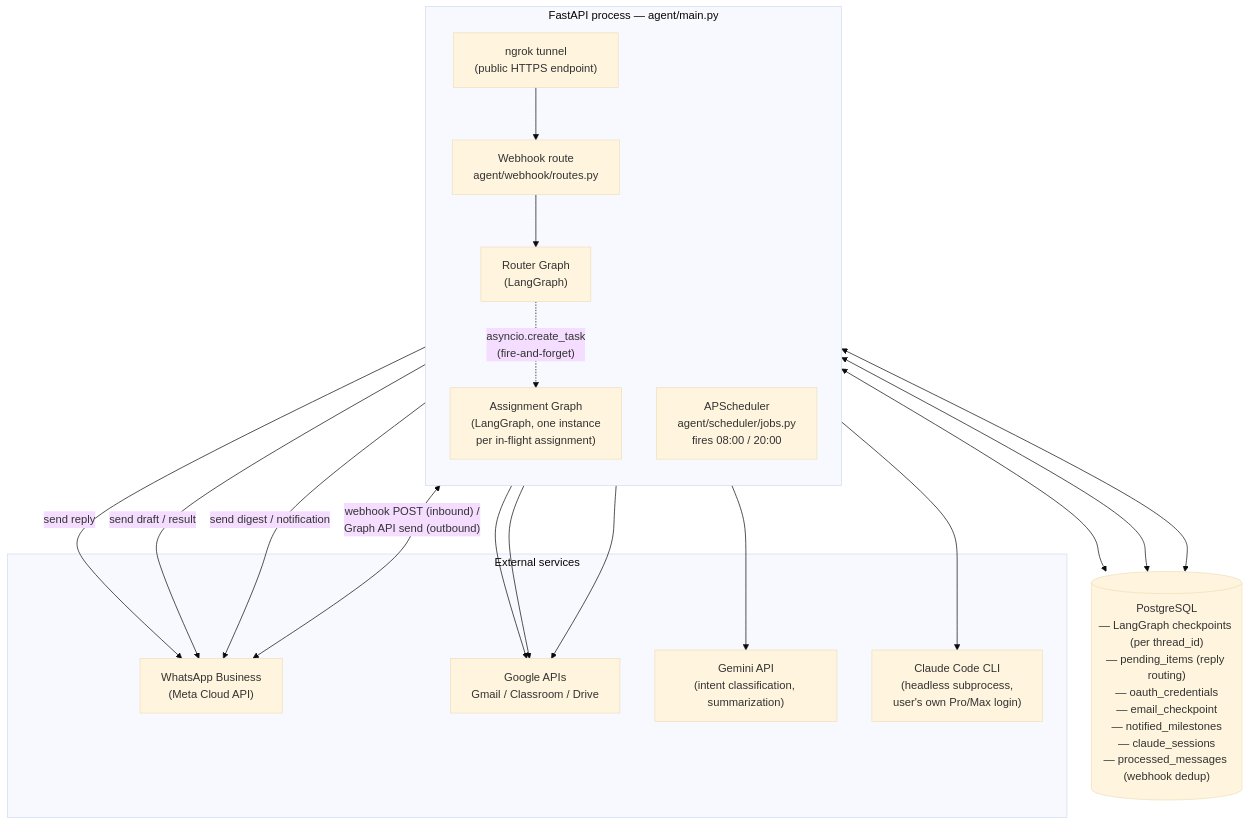
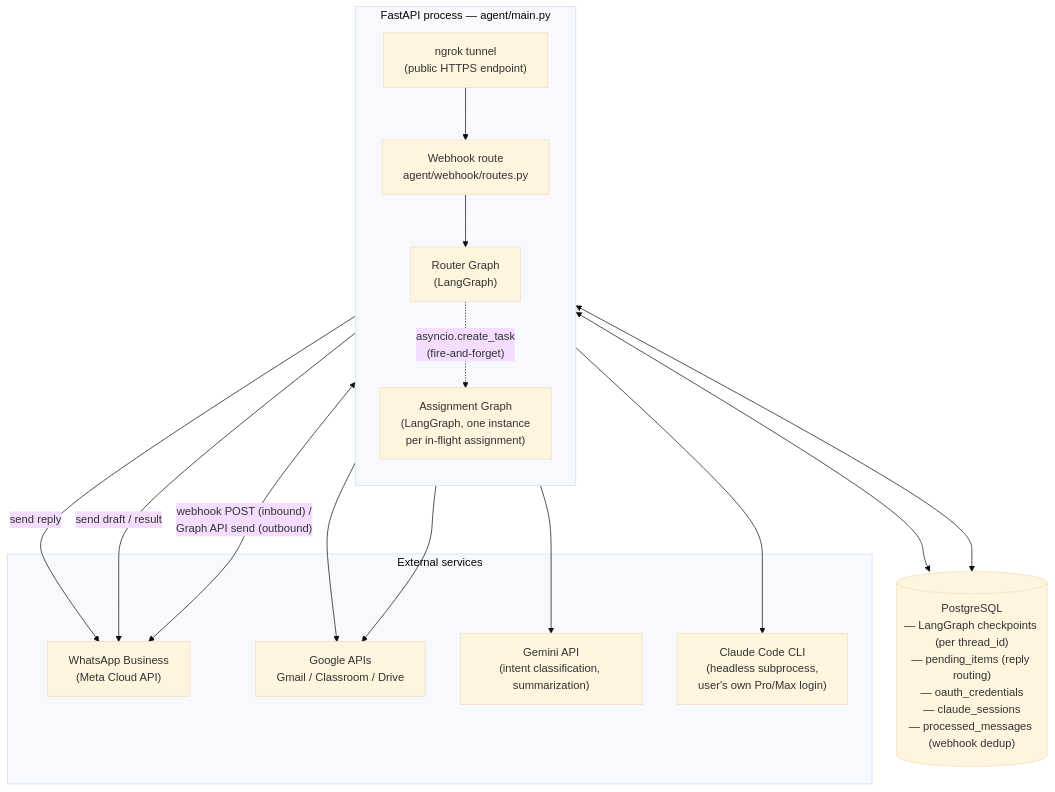
One commit to Zain-Shykh/study-copilot changed the first of 4 diagrams in docs/ARCHITECTURE.md. Above: the diagram before and after it, drawn with Mermaid (base theme). The commit also changed other lines of this file and 16 other files, not shown here.

````diff
--- a/docs/ARCHITECTURE.md
+++ b/docs/ARCHITECTURE.md
@@ -14,40 +13,36 @@
 ```mermaid
 flowchart TB
     subgraph EXT["External services"]
         WA["WhatsApp Business<br/>(Meta Cloud API)"]
         GAPI["Google APIs<br/>Gmail / Classroom / Drive"]
         GEM["Gemini API<br/>(intent classification, summarization)"]
         CC["Claude Code CLI<br/>(headless subprocess,<br/>user's own Pro/Max login)"]
     end
 
     NGROK["ngrok tunnel<br/>(public HTTPS endpoint)"]
     WA <-- "webhook POST (inbound) /<br/>Graph API send (outbound)" --> NGROK
 
     subgraph PROC["FastAPI process — agent/main.py"]
         direction TB
         HOOK["Webhook route<br/>agent/webhook/routes.py"]
         ROUTER["Router Graph<br/>(LangGraph)"]
         ASSIGN["Assignment Graph<br/>(LangGraph, one instance<br/>per in-flight assignment)"]
-        SCHED["APScheduler<br/>agent/scheduler/jobs.py<br/>fires 08:00 / 20:00"]
 
         NGROK --> HOOK
         HOOK --> ROUTER
         ROUTER -. "asyncio.create_task<br/>(fire-and-forget)" .-> ASSIGN
     end
 
-    PG[("PostgreSQL<br/>— LangGraph checkpoints (per thread_id)<br/>— pending_items (reply routing)<br/>— oauth_credentials<br/>— email_checkpoint<br/>— notified_milestones<br/>— claude_sessions<br/>— processed_messages (webhook dedup)")]
+    PG[("PostgreSQL<br/>— LangGraph checkpoints (per thread_id)<br/>— pending_items (reply routing)<br/>— oauth_credentials<br/>— claude_sessions<br/>— processed_messages (webhook dedup)")]
 
     ROUTER <--> PG
     ASSIGN <--> PG
-    SCHED <--> PG
 
     ROUTER --> GAPI
     ROUTER --> GEM
     ASSIGN --> GAPI
     ASSIGN --> CC
-    SCHED --> GAPI
 
     ROUTER -- "send reply" --> WA
     ASSIGN -- "send draft / result" --> WA
-    SCHED -- "send digest / notification" --> WA
 ```
````
